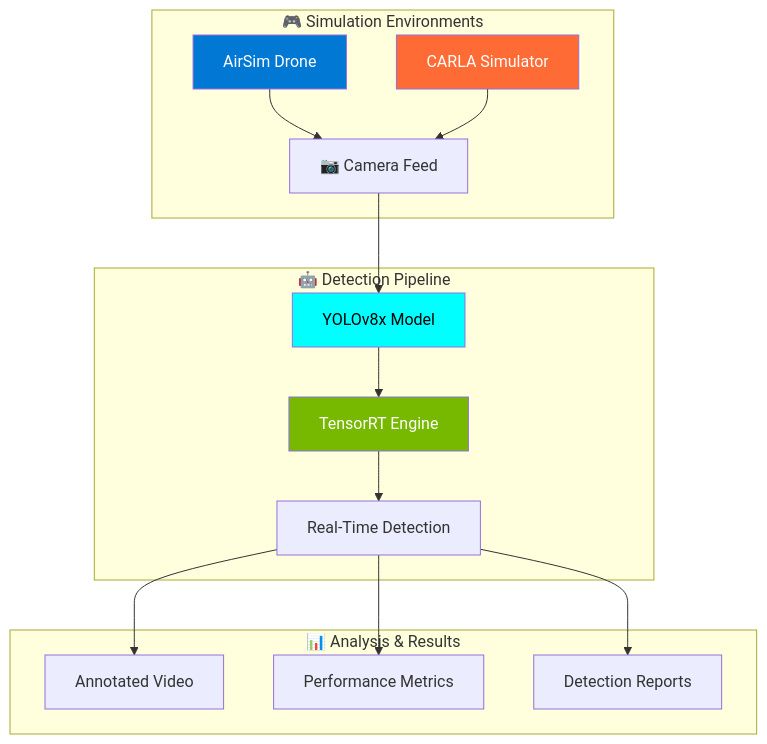
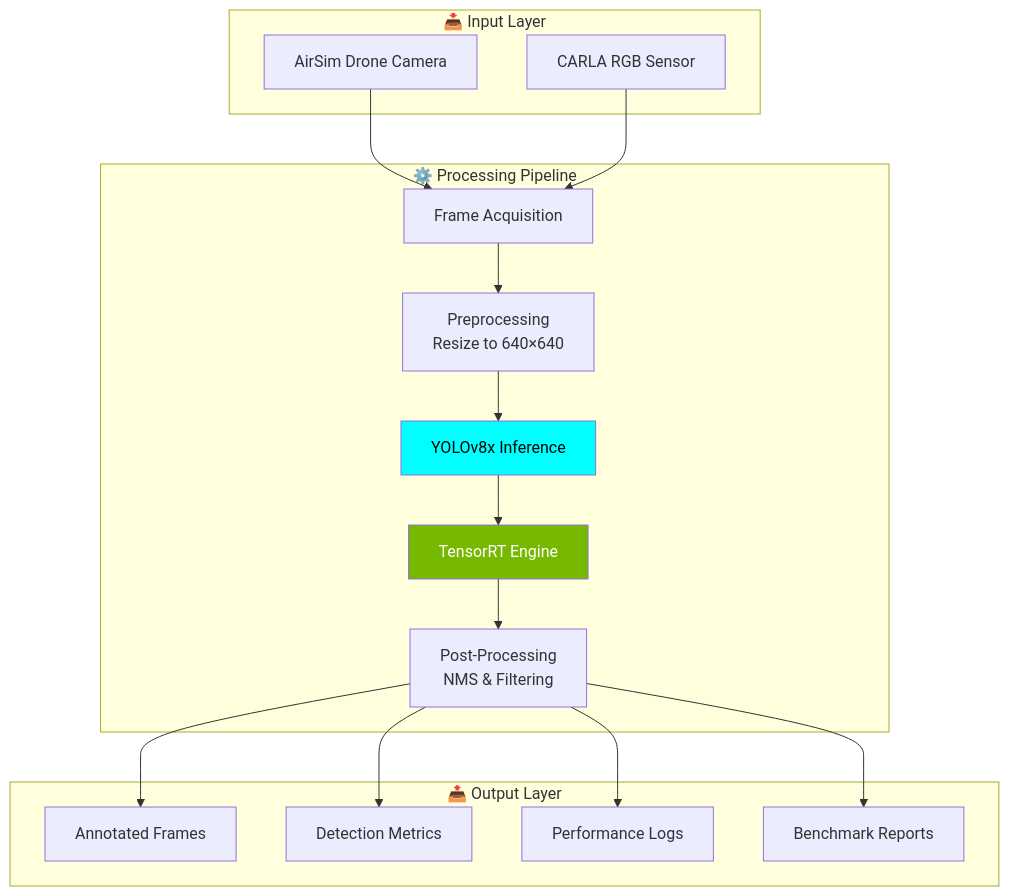
Before and after one commit to msbzti02/AI-Drone-Detection-System: the diagram in README.md, drawn with Mermaid. The commit also changed other lines of this file, not shown here.

````diff
--- a/README.md
+++ b/README.md
@@ -68,24 +85,30 @@
 ```mermaid
-graph TB
-    subgraph Simulation["🎮 Simulation Environments"]
-        A[AirSim Drone] --> C[📷 Camera Feed]
-        B[CARLA Simulator] --> C
+flowchart TB
+    subgraph Input["📥 Input Layer"]
+        A1[AirSim Drone Camera]
+        A2[CARLA RGB Sensor]
     end
     
-    subgraph Detection["🤖 Detection Pipeline"]
-        C --> D[YOLOv8x Model]
-        D --> E[TensorRT Engine]
-        E --> F[Real-Time Detection]
+    subgraph Processing["⚙️ Processing Pipeline"]
+        B1[Frame Acquisition]
+        B2[Preprocessing<br/>Resize to 640×640]
+        B3[YOLOv8x Inference]
+        B4[TensorRT Engine]
+        B5[Post-Processing<br/>NMS & Filtering]
     end
     
-    subgraph Output["📊 Analysis & Results"]
-        F --> G[Annotated Video]
-        F --> H[Performance Metrics]
-        F --> I[Detection Reports]
+    subgraph Output["📤 Output Layer"]
+        C1[Annotated Frames]
+        C2[Detection Metrics]
+        C3[Performance Logs]
+        C4[Benchmark Reports]
     end
     
-    style A fill:#0078D4,color:#fff
-    style B fill:#FF6B35,color:#fff
-    style D fill:#00FFFF,color:#000
-    style E fill:#76B900,color:#fff
+    A1 --> B1
+    A2 --> B1
+    B1 --> B2 --> B3 --> B4 --> B5
+    B5 --> C1 & C2 & C3 & C4
+    
+    style B3 fill:#00FFFF,color:#000
+    style B4 fill:#76B900,color:#fff
 ```
````
